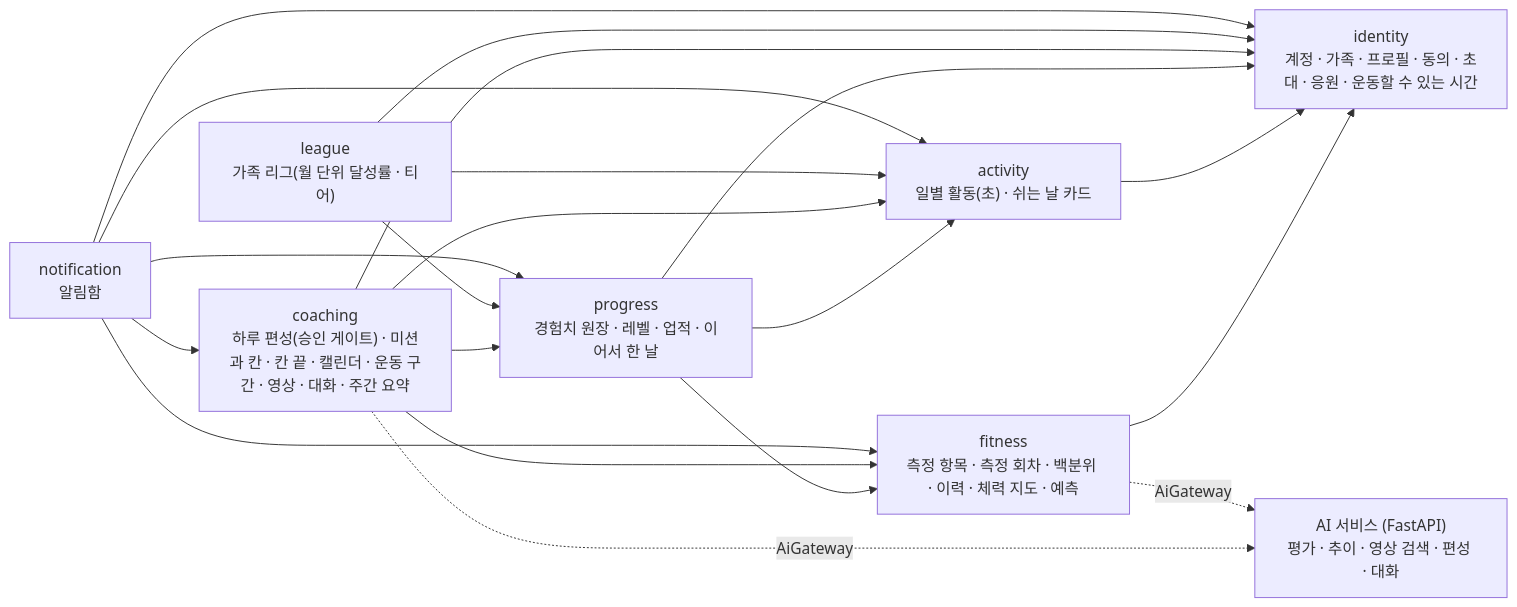
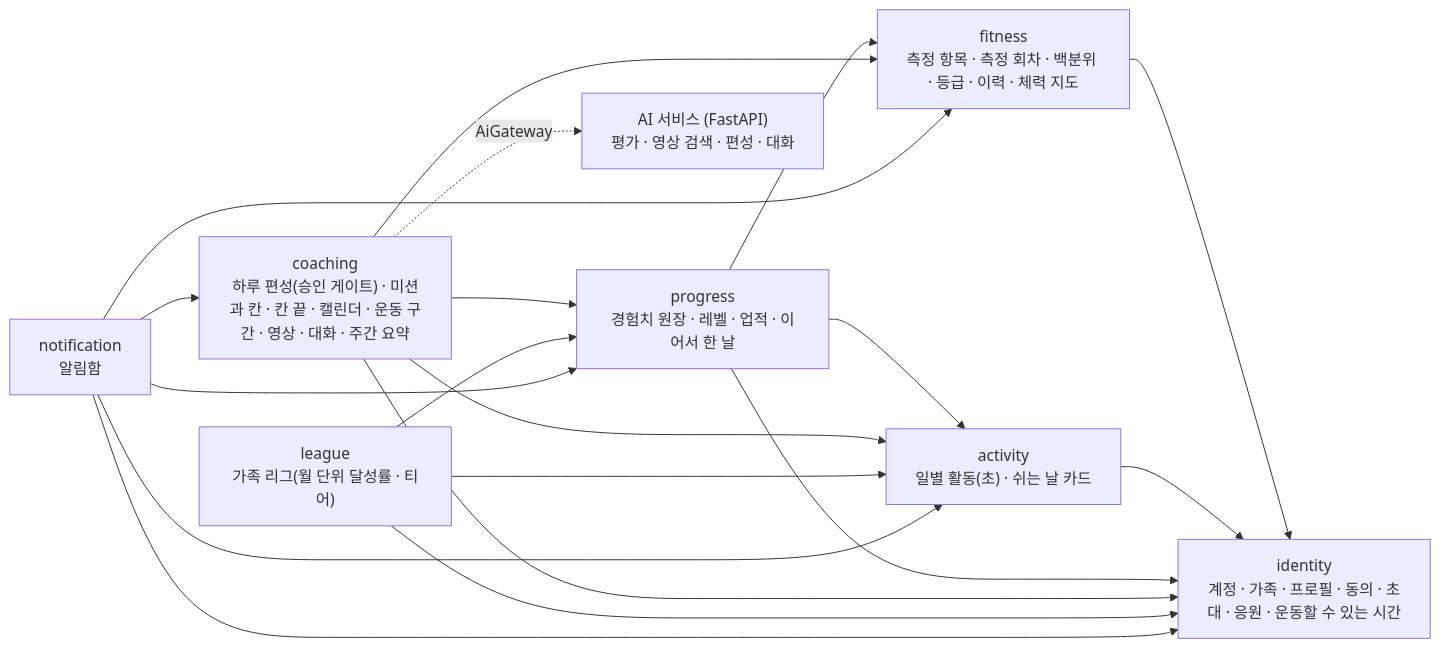
The diagram in docs/architecture.md (family-fitness/family-fitness-be), drawn with Mermaid before and after one commit. The commit also changed other lines of this file and 35 other files, not shown here.

````diff
--- a/docs/architecture.md
+++ b/docs/architecture.md
@@ -8,30 +8,29 @@
 ```mermaid
 flowchart LR
     identity["identity\n계정 · 가족 · 프로필 · 동의 · 초대 · 응원 · 운동할 수 있는 시간"]
-    fitness["fitness\n측정 항목 · 측정 회차 · 백분위 · 이력 · 체력 지도 · 예측"]
+    fitness["fitness\n측정 항목 · 측정 회차 · 백분위 · 등급 · 이력 · 체력 지도"]
     activity["activity\n일별 활동(초) · 쉬는 날 카드"]
     progress["progress\n경험치 원장 · 레벨 · 업적 · 이어서 한 날"]
     coaching["coaching\n하루 편성(승인 게이트) · 미션과 칸 · 칸 끝 · 캘린더 · 운동 구간 · 영상 · 대화 · 주간 요약"]
     league["league\n가족 리그(월 단위 달성률 · 티어)"]
     notification["notification\n알림함"]
-    ai["AI 서비스 (FastAPI)\n평가 · 추이 · 영상 검색 · 편성 · 대화"]
+    ai["AI 서비스 (FastAPI)\n평가 · 영상 검색 · 편성 · 대화"]
     fitness --> identity
     activity --> identity
     progress --> identity
     progress --> activity
     progress --> fitness
     coaching --> identity
     coaching --> fitness
     coaching --> activity
     coaching --> progress
     league --> identity
     league --> activity
     league --> progress
     notification --> identity
     notification --> fitness
     notification --> activity
     notification --> progress
     notification --> coaching
     coaching -. AiGateway .-> ai
-    fitness -. AiGateway .-> ai
 ```
````
